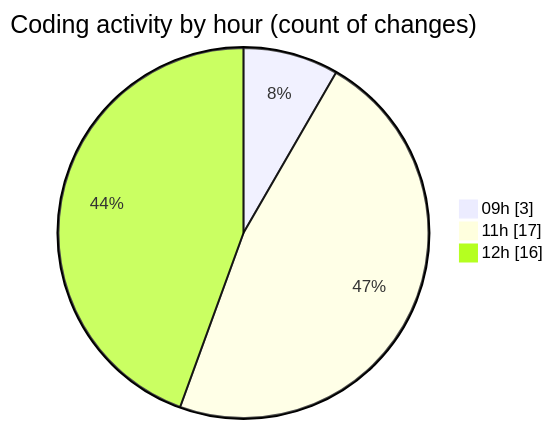
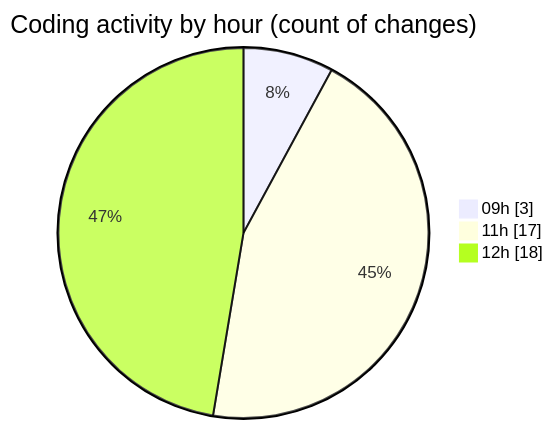
Before and after one commit to julien-gomy/code-tracking: the second of 2 diagrams in 2025-10-15/eventscop-api-guide__workspace_/README.md, drawn with Mermaid. The commit also changed other lines of this file and 1 other file, not shown here.

````diff
--- a/2025-10-15/eventscop-api-guide__workspace_/README.md
+++ b/2025-10-15/eventscop-api-guide__workspace_/README.md
@@ -32,7 +34,7 @@
 ```mermaid
 pie showData
 title Coding activity by hour (count of changes)
 "09h" : 3
 "11h" : 17
-"12h" : 16
+"12h" : 18
 ```
````
